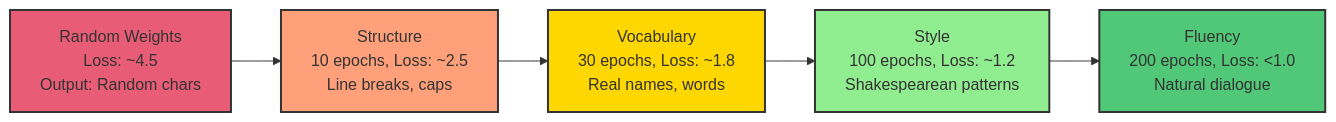
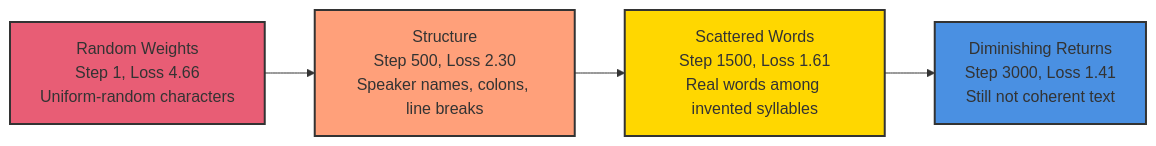
The third of 5 diagrams in content/lessons/ct2-dataset-fundamentals.md (tenstorrent/tt-vscode-toolkit), drawn with Mermaid before and after one commit. The commit also changed other lines of this file and 39 other files, not shown here.

````diff
--- a/content/lessons/ct2-dataset-fundamentals.md
+++ b/content/lessons/ct2-dataset-fundamentals.md
@@ -219,13 +232,11 @@
 ```mermaid
 graph LR
-    A[Random Weights<br/>Loss: ~4.5<br/>Output: Random chars] --> B[Structure<br/>10 epochs, Loss: ~2.5<br/>Line breaks, caps]
-    B --> C[Vocabulary<br/>30 epochs, Loss: ~1.8<br/>Real names, words]
-    C --> D[Style<br/>100 epochs, Loss: ~1.2<br/>Shakespearean patterns]
-    D --> E[Fluency<br/>200 epochs, Loss: <1.0<br/>Natural dialogue]
+    A[Random Weights<br/>Step 1, Loss 4.66<br/>Uniform-random characters] --> B[Structure<br/>Step 500, Loss 2.30<br/>Speaker names, colons, line breaks]
+    B --> C[Scattered Words<br/>Step 1500, Loss 1.61<br/>Real words among invented syllables]
+    C --> D[Diminishing Returns<br/>Step 3000, Loss 1.41<br/>Still not coherent text]
 
     style A fill:#E85D75,stroke:#333,stroke-width:2px
     style B fill:#FFA07A,stroke:#333,stroke-width:2px
     style C fill:#FFD700,stroke:#333,stroke-width:2px
-    style D fill:#90EE90,stroke:#333,stroke-width:2px
-    style E fill:#50C878,stroke:#333,stroke-width:2px
+    style D fill:#4A90E2,stroke:#333,stroke-width:2px
 ```
````
